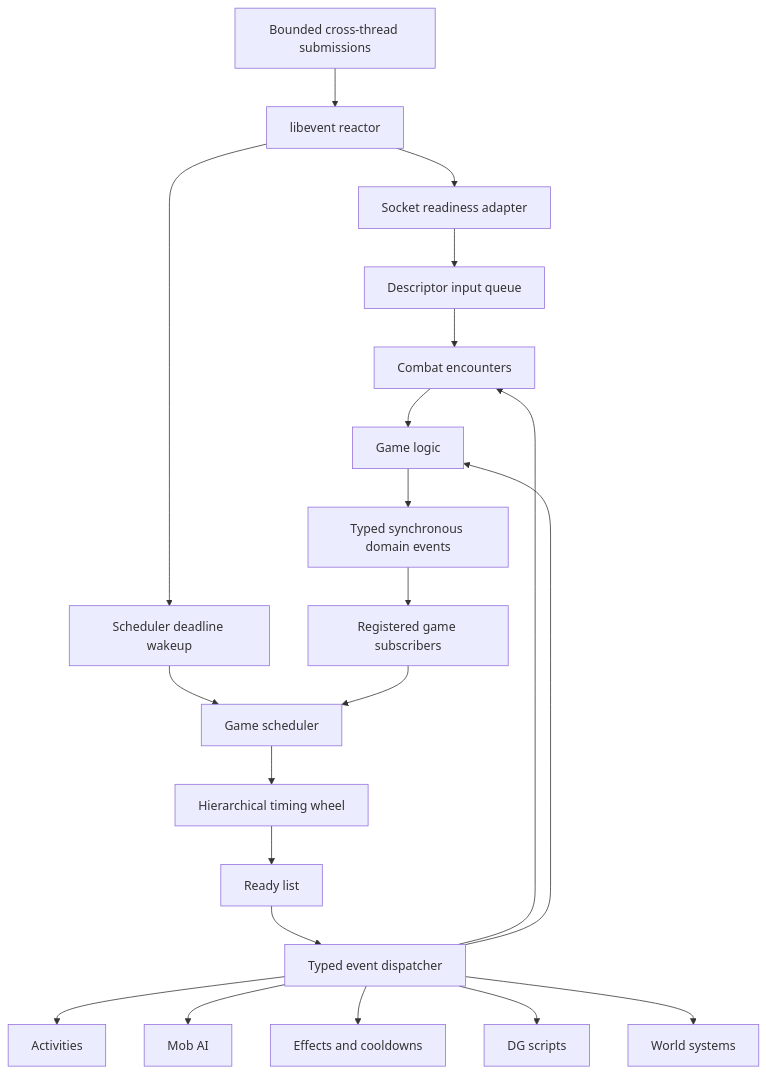
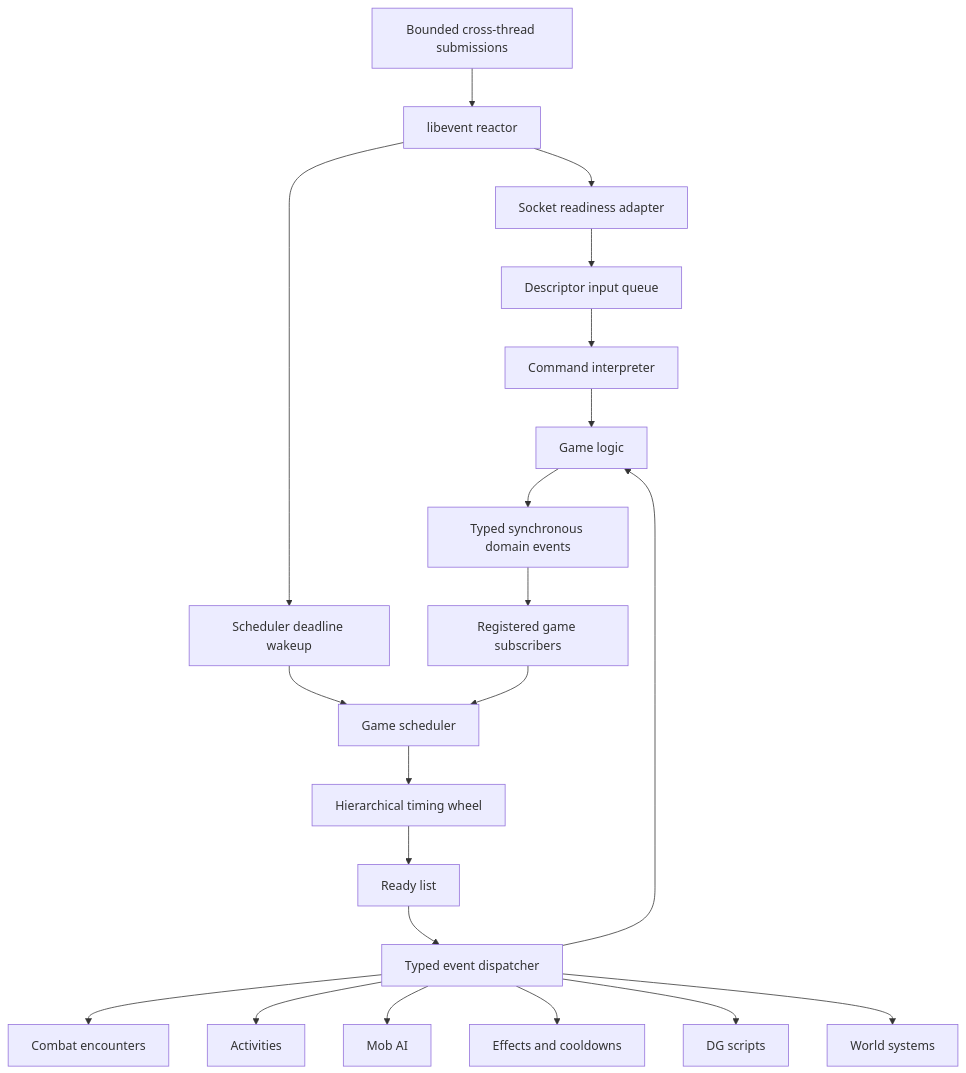
The first of 2 diagrams in docs/ongoing-projects/EVENT_DRIVEN_CORE_REFACTOR_SPEC.md (LuminariMUD/Luminari-Source), drawn with Mermaid before and after one commit. The commit also changed other lines of this file and 2 other files, not shown here.

````diff
--- a/docs/ongoing-projects/EVENT_DRIVEN_CORE_REFACTOR_SPEC.md
+++ b/docs/ongoing-projects/EVENT_DRIVEN_CORE_REFACTOR_SPEC.md
@@ -281,27 +313,27 @@
 ```mermaid
 flowchart TD
     R[libevent reactor] --> N[Socket readiness adapter]
     R --> T[Scheduler deadline wakeup]
     X[Bounded cross-thread submissions] --> R
 
     N --> I[Descriptor input queue]
     I --> C[Command interpreter]
     C --> L[Game logic]
     T --> S[Game scheduler]
 
     S --> W[Hierarchical timing wheel]
     W --> Q[Ready list]
     Q --> D[Typed event dispatcher]
 
-    D --> C[Combat encounters]
+    D --> K[Combat encounters]
     D --> A[Activities]
     D --> M[Mob AI]
     D --> F[Effects and cooldowns]
     D --> G[DG scripts]
     D --> Z[World systems]
 
     D --> L
     L --> B[Typed synchronous domain events]
     B --> U[Registered game subscribers]
     U --> S
 ```
````
